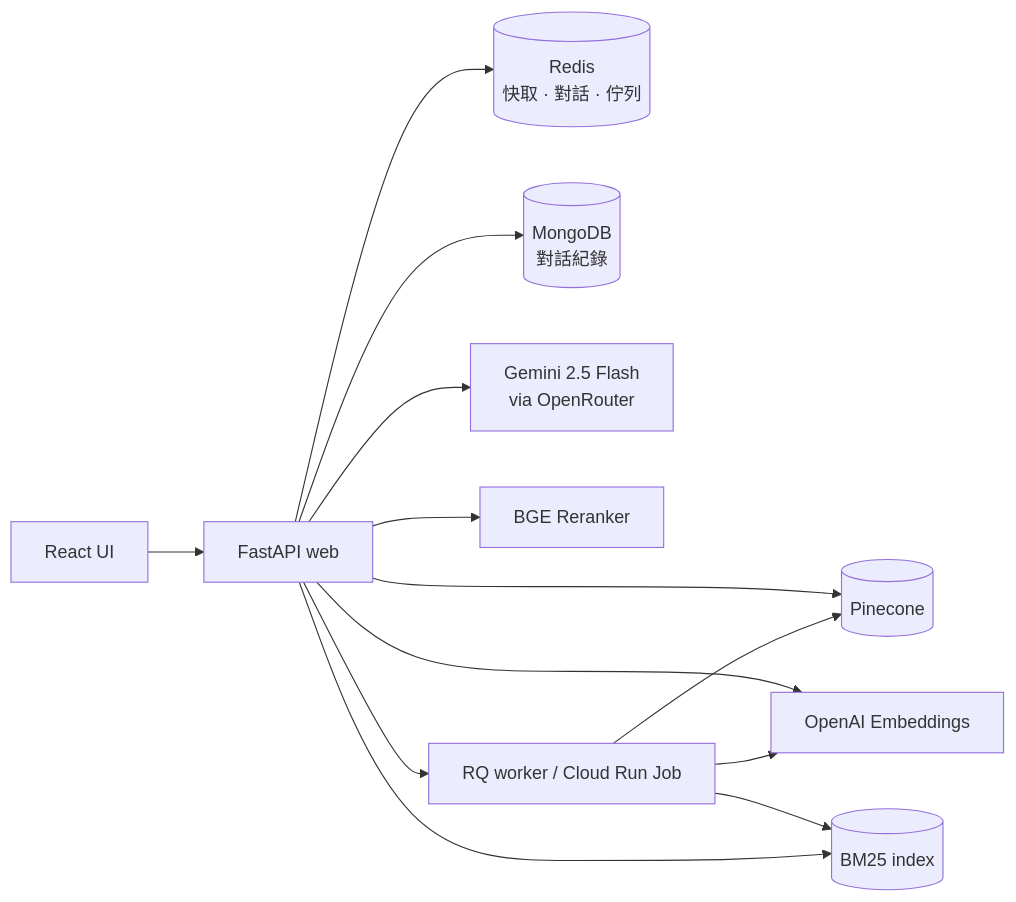
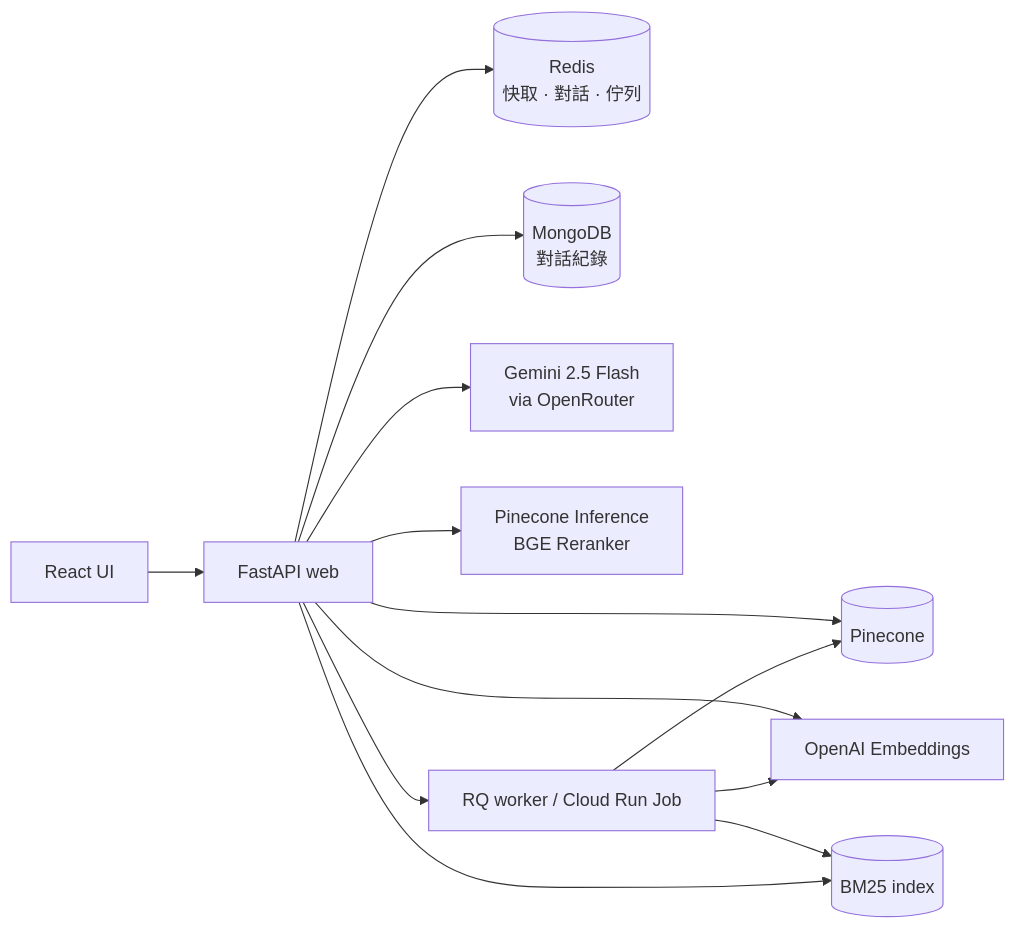
Before and after one commit to albertkingdom/rag-chatbot-demo: the diagram in README.md, drawn with Mermaid. The commit also changed other lines of this file and 12 other files, not shown here.

````diff
--- a/README.md
+++ b/README.md
@@ -27,15 +27,15 @@
 ```mermaid
 flowchart LR
     UI[React UI] --> Web[FastAPI web]
     Web --> Redis[(Redis<br/>快取 · 對話 · 佇列)]
     Web --> Mongo[(MongoDB<br/>對話紀錄)]
     Web --> Pinecone[(Pinecone)]
     Web --> LLM[Gemini 2.5 Flash<br/>via OpenRouter]
-    Web --> Rerank[BGE Reranker]
+    Web --> Rerank[Pinecone Inference<br/>BGE Reranker]
     Web --> Emb[OpenAI Embeddings]
     Web --> Job[RQ worker / Cloud Run Job]
     Job --> Emb
     Job --> Pinecone
     Job --> BM25[(BM25 index)]
     Web --> BM25
 ```
````
